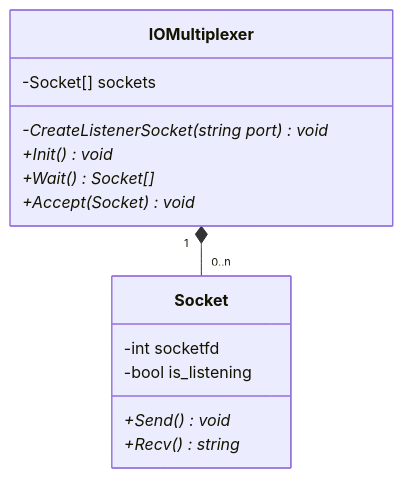
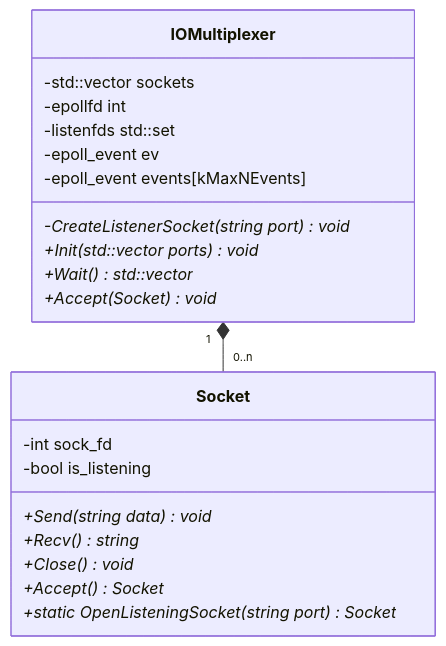
One commit to katataku/webserv changed the diagram in docs/class/socket_class.md. Above: the diagram before and after it, drawn with Mermaid. The commit also changed other lines of this file and 24 other files, not shown here.

````diff
--- a/docs/class/socket_class.md
+++ b/docs/class/socket_class.md
@@ -3,19 +3,27 @@
 ```mermaid
 classDiagram
+  IOMultiplexer "1" *-- "0..n" Socket
+
   class Socket {
-    -int socketfd
+    -int sock_fd
     -bool is_listening
-    +Send()* void
+    +Send(string data)* void
     +Recv()* string
+    +Close()* void
+    +Accept()* Socket
+    +static OpenListeningSocket(string port)* Socket
   }
 
   class IOMultiplexer {
-    -Socket[] sockets
+    -std::vector<Socket> sockets
+    -epollfd int
+    -listenfds std::set<int>
+    -epoll_event ev
+    -epoll_event events[kMaxNEvents]
     -CreateListenerSocket(string port)* void
-    +Init()* void
-    +Wait()* Socket[]
+    +Init(std::vector<std::string> ports)* void
+    +Wait()* std::vector<Socket>
     +Accept(Socket)* void
   }
 
-  IOMultiplexer "1" *-- "0..n" Socket
 ```
````
